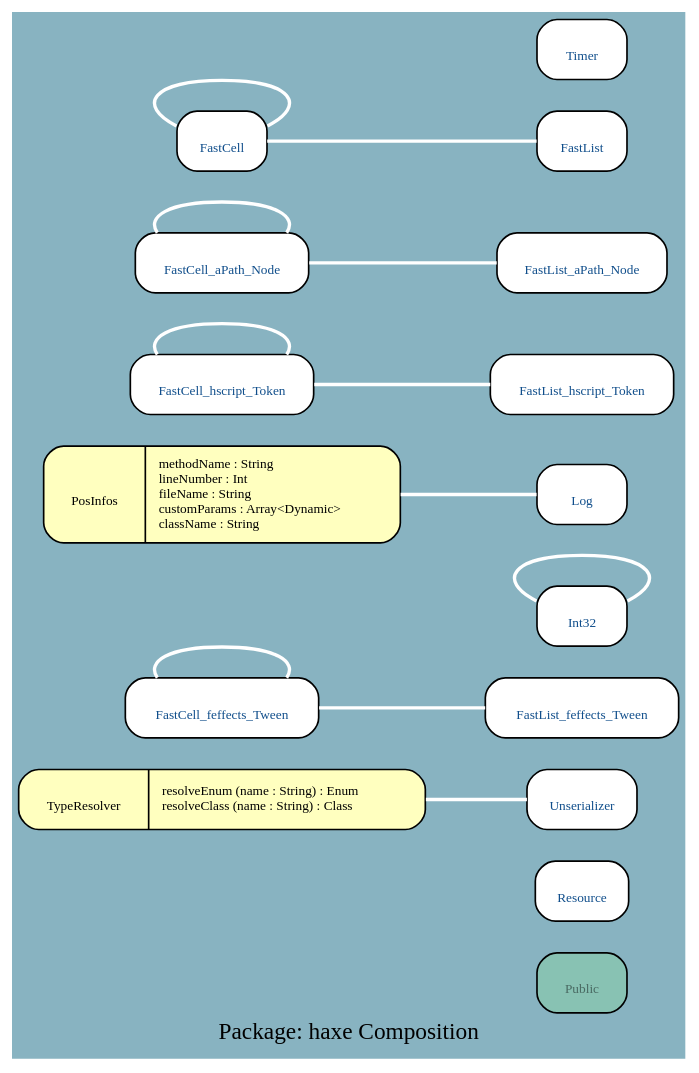
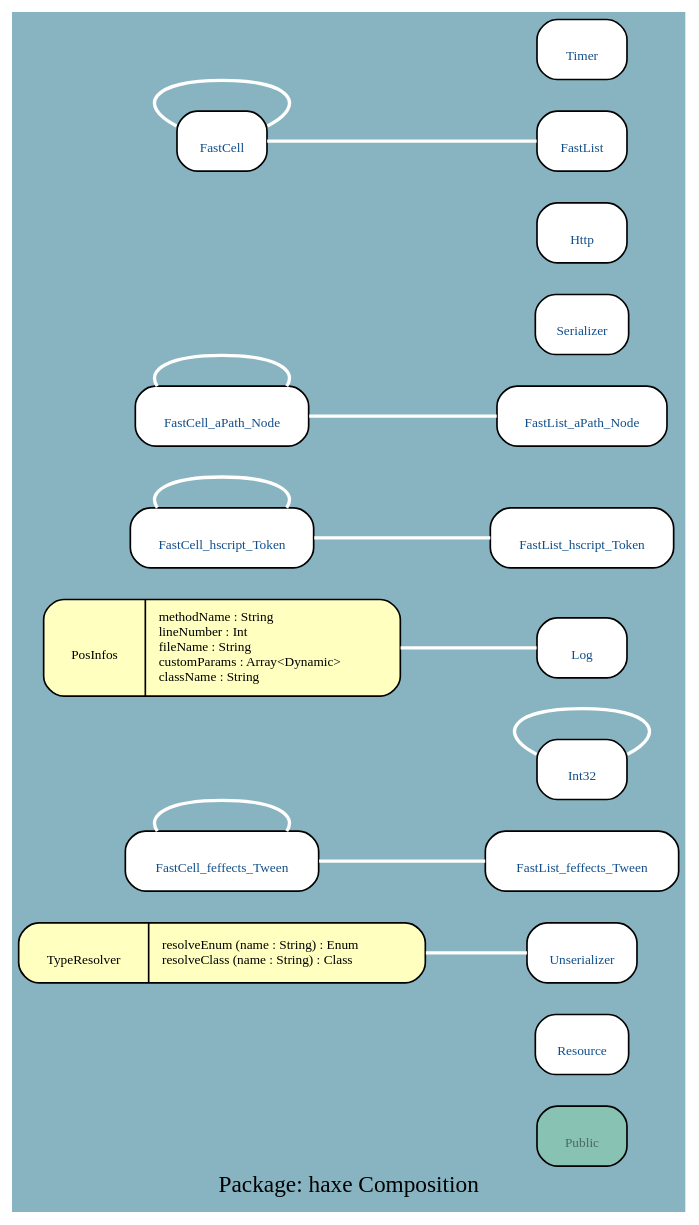
Before and after one commit to google-code-export/haxegui: the diagram in docs/uml/haxe_C.dot, drawn with Graphviz. The commit also changed 160 other files, not shown here.

```diff
--- a/docs/uml/haxe_C.dot
+++ b/docs/uml/haxe_C.dot
@@ -1,34 +1,36 @@
 digraph uml {
 	graph [label="Package: haxe Composition", ratio=compress, rankdir=RL, smoothing=avg_dist, overlap=false, fontname="DejaVu Sans Condenesed", fontsize=14, bgcolor="#88B3C1", fontcolor=black];
 	node [label="\N", fontname="DejaVu Sans Condenesed", fontsize=8, shape=record, color=black, fontcolor=black];
 	edge [fontname="DejaVu Sans Condenesed", fontsize=8, color=black, fontcolor=black];
 	graph [lp="198,12",
-		bb="0,0,396,612"];
+		bb="0,0,396,702"];
 	"haxe.Public" [label="{\nPublic}", fontcolor="#496962", style="rounded,filled", fillcolor="#88c2b3", URL="../types/haxe/Public.html", tooltip="\nPublic", pos="338,43", rects="311,25,365,61", width="0.75", height="0.50"];
 	"haxe.Resource" [label="{\nResource}", fontcolor="#104E8B", style="rounded,filled", fillcolor=white, URL="../types/haxe/Resource.html", tooltip="\nResource", pos="338,97", rects="310,79,366,115", width="0.78", height="0.50"];
 	"haxe.Unserializer" [label="{\nUnserializer}", fontcolor="#104E8B", style="rounded,filled", fillcolor=white, URL="../types/haxe/Unserializer.html", tooltip="\nUnserializer", pos="338,151", rects="305,133,371,169", width="0.92", height="0.50"];
 	"haxe.TypeResolver" [label="{\nTypeResolver|resolveEnum (name : String) : Enum\lresolveClass (name : String) : Class\l}", style="rounded,filled", fillcolor="#ffffbf", pos="122,151", rects="0,133,72,169 72,133,244,169", width="3.39", height="0.50"];
 	"haxe.FastCell_feffects_Tween" [label="{\nFastCell_feffects_Tween}", fontcolor="#104E8B", style="rounded,filled", fillcolor=white, URL="../types/haxe/FastCell_feffects_Tween.html", tooltip="\nFastCell_feffects_Tween", pos="122,205", rects="64,187,181,223", width="1.61", height="0.50"];
 	"haxe.Int32" [label="{\nInt32}", fontcolor="#104E8B", style="rounded,filled", fillcolor=white, URL="../types/haxe/Int32.html", tooltip="\nInt32", pos="338,259", rects="311,241,365,277", width="0.75", height="0.50"];
 	"haxe.PosInfos" [label="{\nPosInfos|methodName : String\llineNumber : Int\lfileName : String\lcustomParams : Array\<Dynamic\>\lclassName : String\l}", style="rounded,filled", fillcolor="#ffffbf", pos="122,331", rects="15,302,68,360 68,302,230,360", width="2.97", height="0.81"];
 	"haxe.FastList_hscript_Token" [label="{\nFastList_hscript_Token}", fontcolor="#104E8B", style="rounded,filled", fillcolor=white, URL="../types/haxe/FastList_hscript_Token.html", tooltip="\nFastList_hscript_Token", pos="338,396", rects="283,378,394,414", width="1.53", height="0.50"];
 	"haxe.FastCell_hscript_Token" [label="{\nFastCell_hscript_Token}", fontcolor="#104E8B", style="rounded,filled", fillcolor=white, URL="../types/haxe/FastCell_hscript_Token.html", tooltip="\nFastCell_hscript_Token", pos="122,396", rects="67,378,178,414", width="1.53", height="0.50"];
 	"haxe.FastCell_aPath_Node" [label="{\nFastCell_aPath_Node}", fontcolor="#104E8B", style="rounded,filled", fillcolor=white, URL="../types/haxe/FastCell_aPath_Node.html", tooltip="\nFastCell_aPath_Node", pos="122,468", rects="70,450,174,486", width="1.44", height="0.50"];
 	"haxe.FastList_aPath_Node" [label="{\nFastList_aPath_Node}", fontcolor="#104E8B", style="rounded,filled", fillcolor=white, URL="../types/haxe/FastList_aPath_Node.html", tooltip="\nFastList_aPath_Node", pos="338,468", rects="287,450,390,486", width="1.42", height="0.50"];
 	"haxe.FastList_feffects_Tween" [label="{\nFastList_feffects_Tween}", fontcolor="#104E8B", style="rounded,filled", fillcolor=white, URL="../types/haxe/FastList_feffects_Tween.html", tooltip="\nFastList_feffects_Tween", pos="338,205", rects="280,187,396,223", width="1.61", height="0.50"];
 	"haxe.Log" [label="{\nLog}", fontcolor="#104E8B", style="rounded,filled", fillcolor=white, URL="../types/haxe/Log.html", tooltip="\nLog", pos="338,331", rects="311,313,365,349", width="0.75", height="0.50"];
-	"haxe.FastCell" [label="{\nFastCell}", fontcolor="#104E8B", style="rounded,filled", fillcolor=white, URL="../types/haxe/FastCell.html", tooltip="\nFastCell", pos="122,540", rects="95,522,149,558", width="0.75", height="0.50"];
-	"haxe.FastList" [label="{\nFastList}", fontcolor="#104E8B", style="rounded,filled", fillcolor=white, URL="../types/haxe/FastList.html", tooltip="\nFastList", pos="338,540", rects="311,522,365,558", width="0.75", height="0.50"];
-	"haxe.Timer" [label="{\nTimer}", fontcolor="#104E8B", style="rounded,filled", fillcolor=white, URL="../types/haxe/Timer.html", tooltip="\nTimer", pos="338,594", rects="311,576,365,612", width="0.75", height="0.50"];
+	"haxe.Serializer" [label="{\nSerializer}", fontcolor="#104E8B", style="rounded,filled", fillcolor=white, URL="../types/haxe/Serializer.html", tooltip="\nSerializer", pos="338,522", rects="310,504,366,540", width="0.78", height="0.50"];
+	"haxe.Http" [label="{\nHttp}", fontcolor="#104E8B", style="rounded,filled", fillcolor=white, URL="../types/haxe/Http.html", tooltip="\nHttp", pos="338,576", rects="311,558,365,594", width="0.75", height="0.50"];
+	"haxe.FastCell" [label="{\nFastCell}", fontcolor="#104E8B", style="rounded,filled", fillcolor=white, URL="../types/haxe/FastCell.html", tooltip="\nFastCell", pos="122,630", rects="95,612,149,648", width="0.75", height="0.50"];
+	"haxe.FastList" [label="{\nFastList}", fontcolor="#104E8B", style="rounded,filled", fillcolor=white, URL="../types/haxe/FastList.html", tooltip="\nFastList", pos="338,630", rects="311,612,365,648", width="0.75", height="0.50"];
+	"haxe.Timer" [label="{\nTimer}", fontcolor="#104E8B", style="rounded,filled", fillcolor=white, URL="../types/haxe/Timer.html", tooltip="\nTimer", pos="338,684", rects="311,666,365,702", width="0.75", height="0.50"];
 	"haxe.Unserializer" -> "haxe.TypeResolver" [color=white, style=bold, arrowhead=none, arrowtail=diamond, arrowsize=1, pos="s,305,151 293,151 278,151 261,151 244,151"];
 	"haxe.FastCell_feffects_Tween" -> "haxe.FastCell_feffects_Tween" [color=white, style=bold, arrowhead=none, arrowtail=diamond, arrowsize=1, pos="s,161,223 158,235 152,239 140,241 122,241 90,241 77,233 83,223"];
 	"haxe.Int32" -> "haxe.Int32" [color=white, style=bold, arrowhead=none, arrowtail=diamond, arrowsize=1, pos="s,365,268 375,275 385,285 372,295 338,295 296,295 286,280 311,268"];
 	"haxe.FastList_hscript_Token" -> "haxe.FastCell_hscript_Token" [color=white, style=bold, arrowhead=none, arrowtail=diamond, arrowsize=1, pos="s,283,396 271,396 241,396 206,396 178,396"];
 	"haxe.FastCell_aPath_Node" -> "haxe.FastCell_aPath_Node" [color=white, style=bold, arrowhead=none, arrowtail=diamond, arrowsize=1, pos="s,161,486 158,498 152,502 140,504 122,504 90,504 77,496 83,486"];
 	"haxe.FastList_aPath_Node" -> "haxe.FastCell_aPath_Node" [color=white, style=bold, arrowhead=none, arrowtail=diamond, arrowsize=1, pos="s,287,468 275,468 243,468 205,468 174,468"];
 	"haxe.FastCell_hscript_Token" -> "haxe.FastCell_hscript_Token" [color=white, style=bold, arrowhead=none, arrowtail=diamond, arrowsize=1, pos="s,161,414 158,426 152,430 140,432 122,432 90,432 77,424 83,414"];
 	"haxe.FastList_feffects_Tween" -> "haxe.FastCell_feffects_Tween" [color=white, style=bold, arrowhead=none, arrowtail=diamond, arrowsize=1, pos="s,280,205 268,205 240,205 208,205 181,205"];
 	"haxe.Log" -> "haxe.PosInfos" [color=white, style=bold, arrowhead=none, arrowtail=diamond, arrowsize=1, pos="s,311,331 299,331 279,331 255,331 230,331"];
-	"haxe.FastCell" -> "haxe.FastCell" [color=white, style=bold, arrowhead=none, arrowtail=diamond, arrowsize=1, pos="s,149,549 159,556 169,566 156,576 122,576 80,576 70,561 95,549"];
-	"haxe.FastList" -> "haxe.FastCell" [color=white, style=bold, arrowhead=none, arrowtail=diamond, arrowsize=1, pos="s,311,540 299,540 256,540 187,540 149,540"];
+	"haxe.FastCell" -> "haxe.FastCell" [color=white, style=bold, arrowhead=none, arrowtail=diamond, arrowsize=1, pos="s,149,639 159,646 169,656 156,666 122,666 80,666 70,651 95,639"];
+	"haxe.FastList" -> "haxe.FastCell" [color=white, style=bold, arrowhead=none, arrowtail=diamond, arrowsize=1, pos="s,311,630 299,630 256,630 187,630 149,630"];
 }
```
